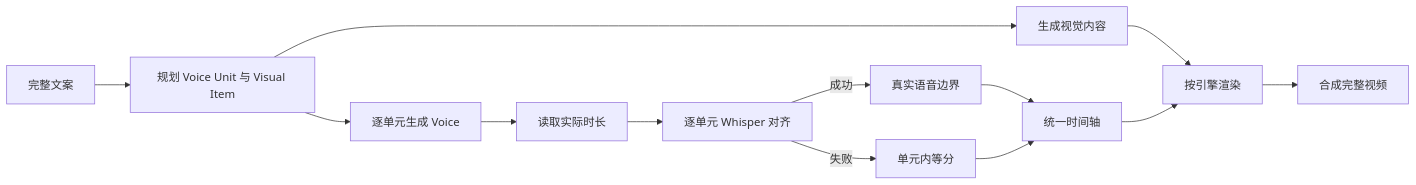
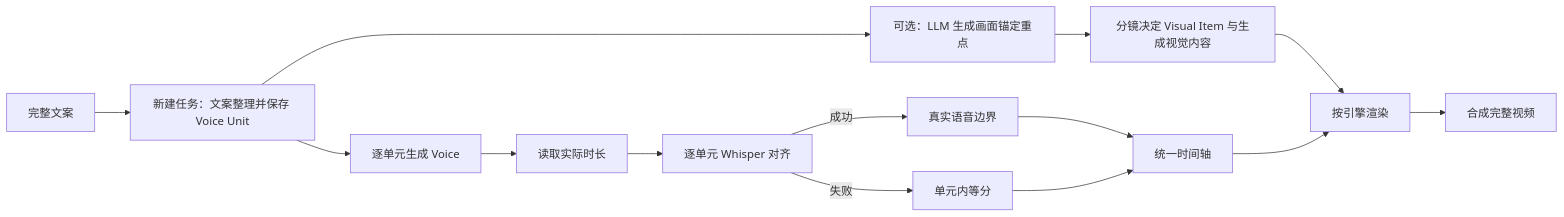
Before and after one commit to degyang/cs-board: the diagram in docs/Mountain/09-audio-visual-sync.md, drawn with Mermaid. The commit also changed other lines of this file and 14 other files, not shown here.

````diff
--- a/docs/Mountain/09-audio-visual-sync.md
+++ b/docs/Mountain/09-audio-visual-sync.md
@@ -38,15 +40,16 @@
 ```mermaid
 flowchart LR
-    Copy[完整文案] --> Split[规划 Voice Unit 与 Visual Item]
-    Split --> TTS[逐单元生成 Voice]
+    Copy[完整文案] --> Prepare[新建任务：文案整理并保存 Voice Unit]
+    Prepare --> Anchor[可选：LLM 生成画面锚定重点]
+    Prepare --> TTS[逐单元生成 Voice]
     TTS --> Probe[读取实际时长]
     Probe --> Align[逐单元 Whisper 对齐]
     Align -->|成功| Exact[真实语音边界]
     Align -->|失败| Equal[单元内等分]
     Exact --> Timeline[统一时间轴]
     Equal --> Timeline
-    Split --> Visual[生成视觉内容]
+    Anchor --> Visual[分镜决定 Visual Item 与生成视觉内容]
     Visual --> Render[按引擎渲染]
     Timeline --> Render
     Render --> Compose[合成完整视频]
 ```
````
